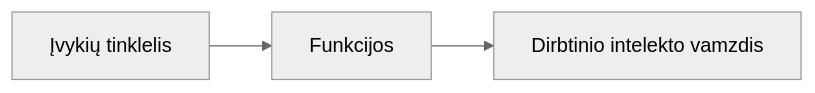
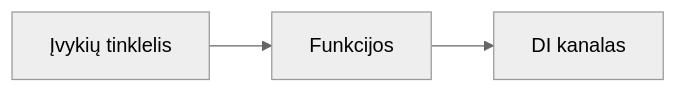
One commit to microsoft/AZD-for-beginners changed the second of 2 diagrams in translations/lt/docs/chapter-08-production/README.md. Above: the diagram before and after it, drawn with Mermaid (neutral theme). The commit also changed other lines of this file and 4 other files, not shown here.

````diff
--- a/translations/lt/docs/chapter-08-production/README.md
+++ b/translations/lt/docs/chapter-08-production/README.md
@@ -57,4 +57,4 @@
 ```mermaid
 graph LR
-    EventGrid[Įvykių tinklelis] --> Functions[Funkcijos] --> Pipeline[Dirbtinio intelekto vamzdis]
+    EventGrid[Įvykių tinklelis] --> Functions[Funkcijos] --> Pipeline[DI kanalas]
 ```
````
